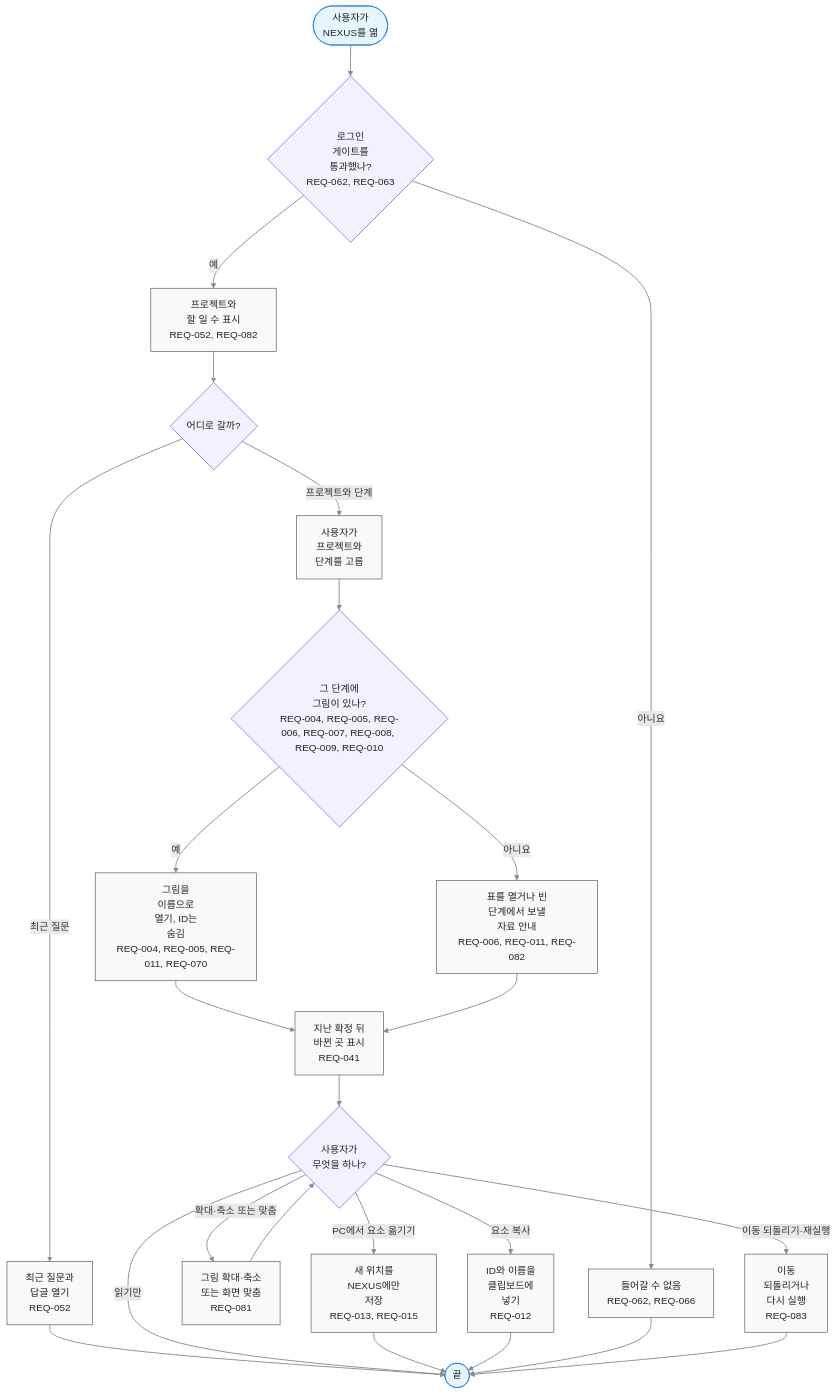
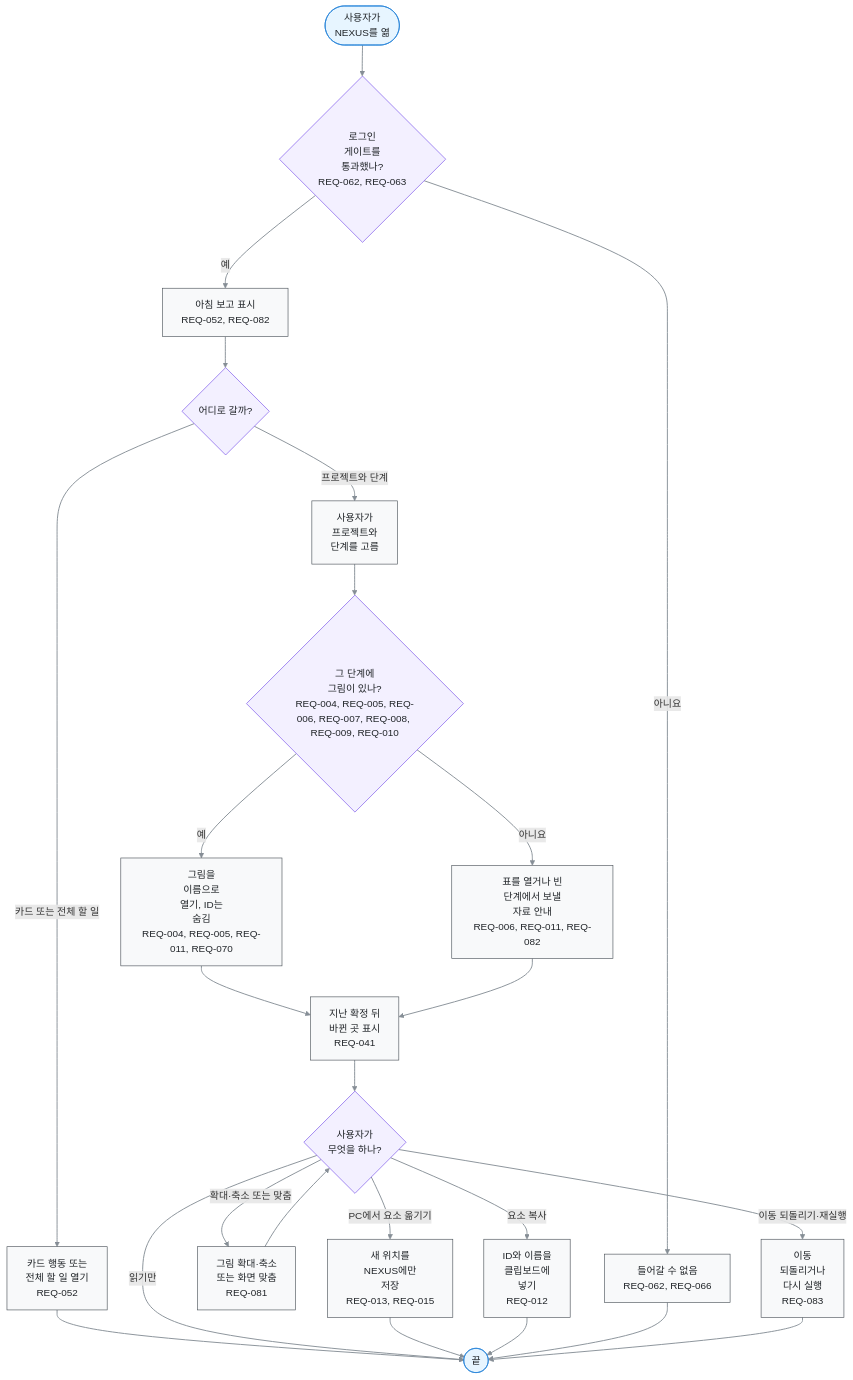
One commit to kodonghui/corthex-nexus changed the diagram in docs/03-user-flow/FL-002-read-a-stage-from-the-to-do.ko.md. Above: the diagram before and after it, drawn with Mermaid. The commit also changed other lines of this file and 63 other files, not shown here.

````diff
--- a/docs/03-user-flow/FL-002-read-a-stage-from-the-to-do.ko.md
+++ b/docs/03-user-flow/FL-002-read-a-stage-from-the-to-do.ko.md
@@ -11,53 +11,53 @@
 ```mermaid
 flowchart TD
   A(["사용자가<br/>NEXUS를 엶"])
   B{"로그인<br/>게이트를<br/>통과했나?<br/>REQ-062, REQ-063"}
-  C["프로젝트와<br/>할 일 수 표시<br/>REQ-052, REQ-082"]
+  C["아침 보고 표시<br/>REQ-052, REQ-082"]
   D["사용자가<br/>프로젝트와<br/>단계를 고름"]
   E{"그 단계에<br/>그림이 있나?<br/>REQ-004, REQ-005, REQ-006, REQ-007, REQ-008, REQ-009, REQ-010"}
   F["그림을<br/>이름으로<br/>열기, ID는<br/>숨김<br/>REQ-004, REQ-005, REQ-011, REQ-070"]
   G["표를 열거나 빈<br/>단계에서 보낼<br/>자료 안내<br/>REQ-006, REQ-011, REQ-082"]
   H["지난 확정 뒤<br/>바뀐 곳 표시<br/>REQ-041"]
   I{"사용자가<br/>무엇을 하나?"}
   J["새 위치를<br/>NEXUS에만<br/>저장<br/>REQ-013, REQ-015"]
   K["ID와 이름을<br/>클립보드에<br/>넣기<br/>REQ-012"]
   L["그림 확대·축소<br/>또는 화면 맞춤<br/>REQ-081"]
   N["이동<br/>되돌리거나<br/>다시 실행<br/>REQ-083"]
   R1["들어갈 수 없음<br/>REQ-062, REQ-066"]
   Q0{"어디로 갈까?"}
-  Q["최근 질문과<br/>답글 열기<br/>REQ-052"]
+  Q["카드 행동 또는<br/>전체 할 일 열기<br/>REQ-052"]
   Z(["끝"])
   A e1@--> B
   B e2@-->|아니요| R1
   B e3@-->|예| C
   C e4@--> Q0
   Q0 e21@-->|프로젝트와 단계| D
-  Q0 e22@-->|최근 질문| Q
+  Q0 e22@-->|카드 또는 전체 할 일| Q
   Q e23@--> Z
   D e5@--> E
   E e6@-->|예| F
   E e7@-->|아니요| G
   F e8@--> H
   G e9@--> H
   H e10@--> I
   I e11@-->|PC에서 요소 옮기기| J
   I e12@-->|요소 복사| K
   I e13@-->|읽기만| Z
   J e14@--> Z
   K e15@--> Z
   R1 e16@--> Z
   I e17@-->|확대·축소 또는 맞춤| L
   L e18@--> I
   I e19@-->|이동 되돌리기·재실행| N
   N e20@--> Z
   %% legend: below
   classDef term fill:#e7f5ff,stroke:#1c7ed6,color:#212529
   classDef proc fill:#f8f9fa,stroke:#495057,color:#212529
   classDef decide fill:#f3f0ff,stroke:#7048e8,color:#212529
   classDef gap fill:#f1f3f5,stroke:#adb5bd,stroke-dasharray:2 3,color:#495057
   classDef pass stroke:#868e96,stroke-width:1.5px
   class A,Z term
   class C,D,F,G,H,J,K,L,N,Q,R1 proc
   class B,E,I,Q0 decide
   class e1,e2,e3,e4,e5,e6,e7,e8,e9,e10,e11,e12,e13,e14,e15,e16,e17,e18,e19,e20,e21,e22,e23 pass
 ```
````
